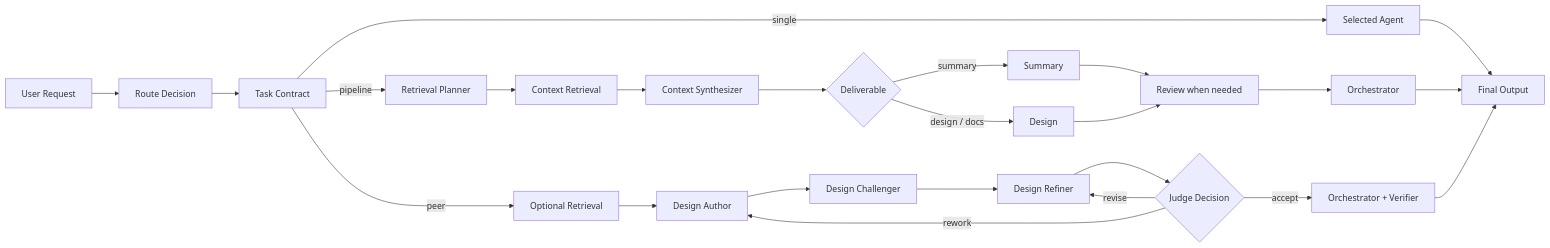
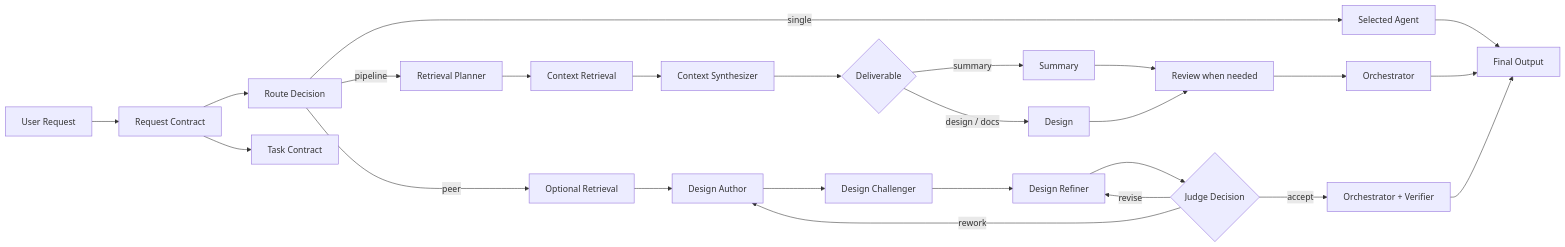
One commit to crissdiamond/crisAI changed the second of 2 diagrams in README.md. Above: the diagram before and after it, drawn with Mermaid. The commit also changed 11 other files, not shown here.

Commit message:
refactor(router): route from request contracts

````diff
--- a/README.md
+++ b/README.md
@@ -60,30 +60,31 @@
 ```mermaid
 flowchart LR
-    Request[User Request] --> Route[Route Decision]
+    Request[User Request] --> RequestContract[Request Contract]
+    RequestContract --> Route[Route Decision]
 
-    Route --> Contract[Task Contract]
+    RequestContract --> Contract[Task Contract]
 
-    Contract -->|single| SingleAgent[Selected Agent]
-    Contract -->|pipeline| RetrievalPlanner[Retrieval Planner]
+    Route -->|single| SingleAgent[Selected Agent]
+    Route -->|pipeline| RetrievalPlanner[Retrieval Planner]
     RetrievalPlanner --> ContextRetrieval[Context Retrieval]
     ContextRetrieval --> ContextSynth[Context Synthesizer]
     ContextSynth --> DraftChoice{Deliverable}
     DraftChoice -->|summary| Summary[Summary]
     DraftChoice -->|design / docs| Design[Design]
     Summary --> Review[Review when needed]
     Design --> Review
     Review --> Orchestrator[Orchestrator]
 
-    Contract -->|peer| PeerRetrieval[Optional Retrieval]
+    Route -->|peer| PeerRetrieval[Optional Retrieval]
     PeerRetrieval --> Author[Design Author]
     Author --> Challenger[Design Challenger]
     Challenger --> Refiner[Design Refiner]
     Refiner --> Judge{Judge Decision}
     Judge -->|revise| Refiner
     Judge -->|rework| Author
     Judge -->|accept| PeerFinal[Orchestrator + Verifier]
 
     SingleAgent --> Final[Final Output]
     Orchestrator --> Final
     PeerFinal --> Final
 ```
````
